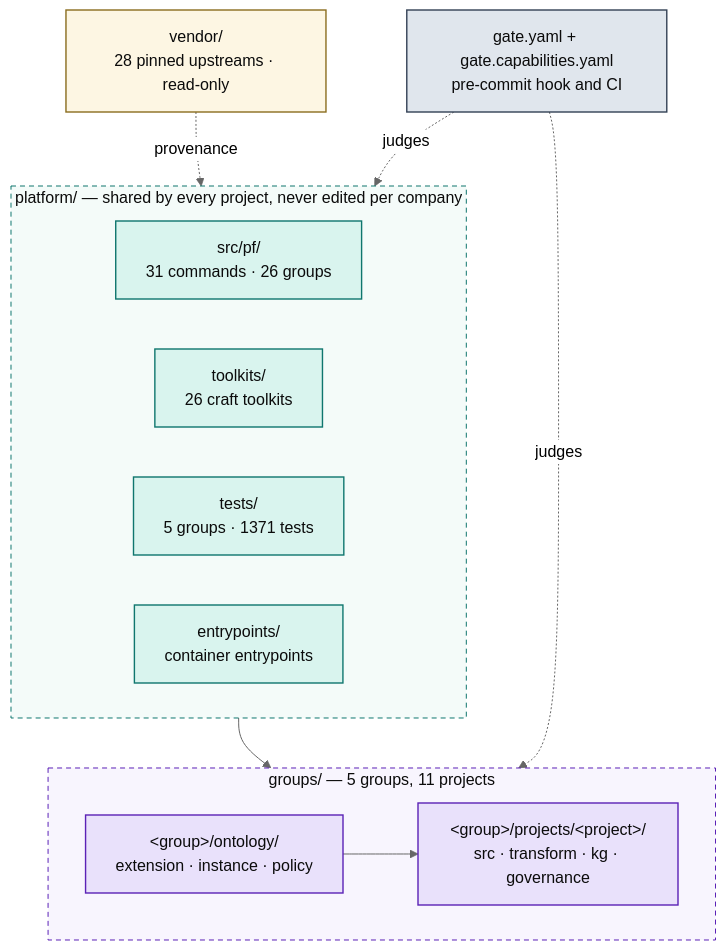
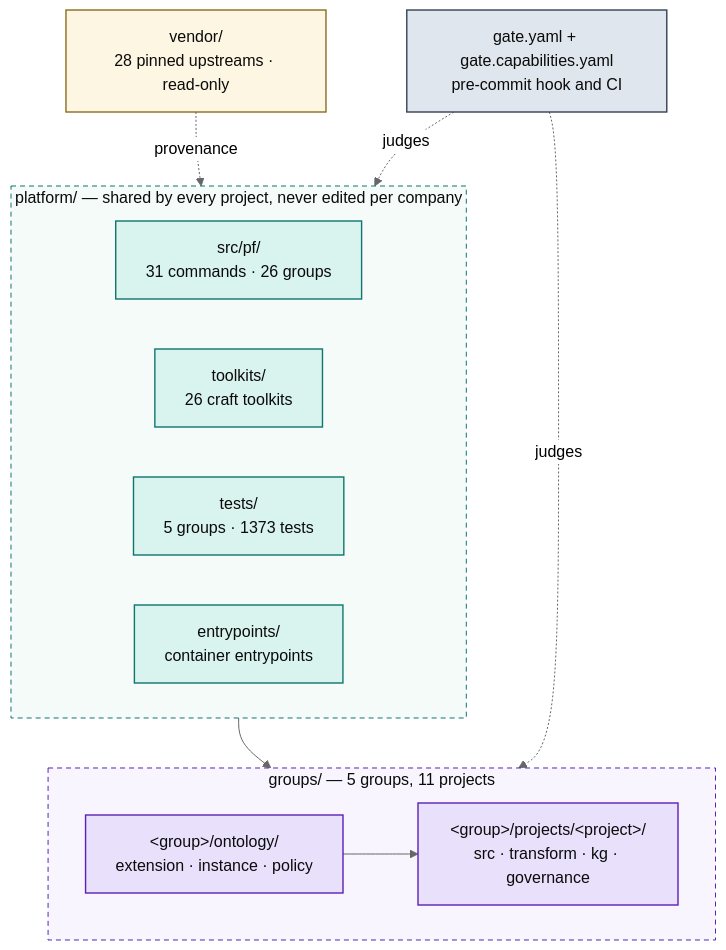
One commit to Atomz-org/data-platform changed the first of 5 diagrams in docs/ARCHITECTURE.md. Above: the diagram before and after it, drawn with Mermaid (neutral theme). The commit also changed other lines of this file and 4 other files, not shown here.

````diff
--- a/docs/ARCHITECTURE.md
+++ b/docs/ARCHITECTURE.md
@@ -15,36 +15,36 @@
 ```mermaid
 flowchart TB
   subgraph SHARED["platform/ — shared by every project, never edited per company"]
     direction LR
     ENG["src/pf/<br/>31 commands · 26 groups"]
     TK["toolkits/<br/>26 craft toolkits"]
-    TST["tests/<br/>5 groups · 1371 tests"]
+    TST["tests/<br/>5 groups · 1373 tests"]
     ENT["entrypoints/<br/>container entrypoints"]
   end
 
   subgraph ENTITIES["groups/ — 5 groups, 11 projects"]
     direction LR
     GRP["&lt;group&gt;/ontology/<br/>extension · instance · policy"]
     PRJ["&lt;group&gt;/projects/&lt;project&gt;/<br/>src · transform · kg · governance"]
     GRP --> PRJ
   end
 
   VEN["vendor/<br/>28 pinned upstreams · read-only"]
   GATE["gate.yaml + gate.capabilities.yaml<br/>pre-commit hook and CI"]
 
   SHARED --> ENTITIES
   VEN -.provenance.-> SHARED
   GATE -.judges.-> ENTITIES
   GATE -.judges.-> SHARED
 
   classDef code fill:#d9f4ee,stroke:#0f766e,stroke-width:1.4px,color:#0b0b0b
   classDef data fill:#e9e1fb,stroke:#5b21b6,stroke-width:1.4px,color:#0b0b0b
   classDef gov fill:#e0e6ed,stroke:#334155,stroke-width:1.4px,color:#0b0b0b
   classDef ext fill:#fdf6e3,stroke:#8a6d1f,stroke-width:1.4px,color:#0b0b0b
   class ENG,TK,TST,ENT code
   class GRP,PRJ data
   class GATE gov
   class VEN ext
   style SHARED fill:#f4fbf9,stroke:#0f766e,stroke-dasharray:5 4,color:#0b0b0b
   style ENTITIES fill:#f8f5fe,stroke:#5b21b6,stroke-dasharray:5 4,color:#0b0b0b
 ```
````
